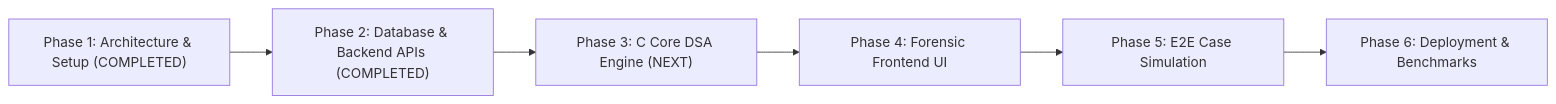
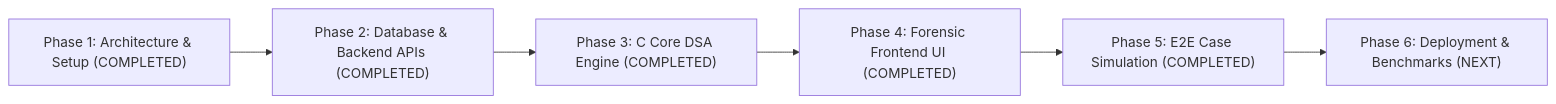
Before and after one commit to Saravana65/CaseThread: the diagram in DEVELOPMENT_ROADMAP.md, drawn with Mermaid. The commit also changed other lines of this file and 16 other files, not shown here.

Commit message:
feat: complete Phase 5 E2E integration, case simulation, timeline & evidence gap UI

````diff
--- a/DEVELOPMENT_ROADMAP.md
+++ b/DEVELOPMENT_ROADMAP.md
@@ -9,8 +9,8 @@
 ```mermaid
 flowchart LR
     P1["Phase 1: Architecture & Setup (COMPLETED)"] --> P2["Phase 2: Database & Backend APIs (COMPLETED)"]
-    P2 --> P3["Phase 3: C Core DSA Engine (NEXT)"]
-    P3 --> P4["Phase 4: Forensic Frontend UI"]
-    P4 --> P5["Phase 5: E2E Case Simulation"]
-    P5 --> P6["Phase 6: Deployment & Benchmarks"]
+    P2 --> P3["Phase 3: C Core DSA Engine (COMPLETED)"]
+    P3 --> P4["Phase 4: Forensic Frontend UI (COMPLETED)"]
+    P4 --> P5["Phase 5: E2E Case Simulation (COMPLETED)"]
+    P5 --> P6["Phase 6: Deployment & Benchmarks (NEXT)"]
 ```
````
